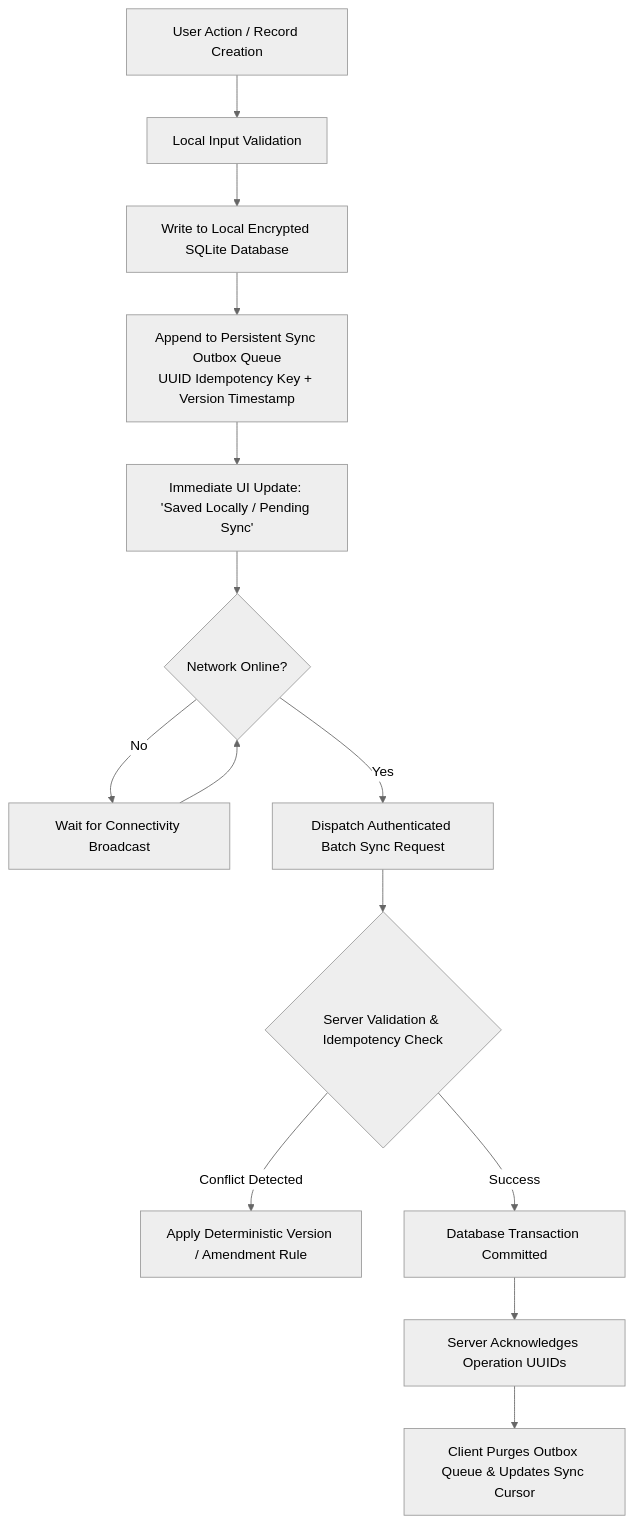
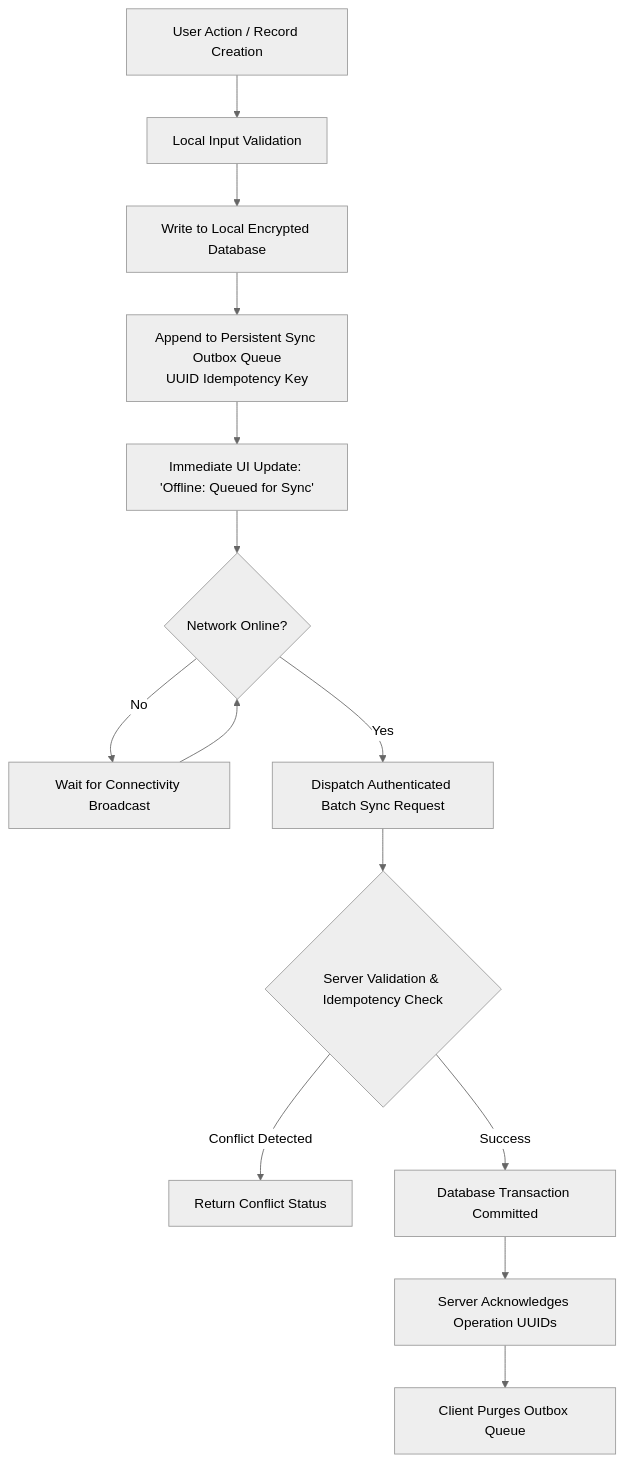
The fourth of 5 diagrams in README.md (abhijeetnardele24-hash/medlink), drawn with Mermaid (neutral theme) before and after one commit. The commit also changed other lines of this file, not shown here.

Commit message:
docs: rewrite README to remove scope creep and explain offline postgres architecture

````diff
--- a/README.md
+++ b/README.md
@@ -233,16 +146,16 @@
 ```mermaid
 flowchart TD
     A[User Action / Record Creation] --> B[Local Input Validation]
-    B --> C[Write to Local Encrypted SQLite Database]
-    C --> D[Append to Persistent Sync Outbox Queue<br/>UUID Idempotency Key + Version Timestamp]
-    D --> E[Immediate UI Update: 'Saved Locally / Pending Sync']
+    B --> C[Write to Local Encrypted Database]
+    C --> D[Append to Persistent Sync Outbox Queue<br/>UUID Idempotency Key]
+    D --> E[Immediate UI Update: 'Offline: Queued for Sync']
     E --> F{Network Online?}
     F -- No --> G[Wait for Connectivity Broadcast]
     G --> F
     F -- Yes --> H[Dispatch Authenticated Batch Sync Request]
     H --> I{Server Validation & Idempotency Check}
-    I -- Conflict Detected --> J[Apply Deterministic Version / Amendment Rule]
+    I -- Conflict Detected --> J[Return Conflict Status]
     I -- Success --> K[Database Transaction Committed]
     K --> L[Server Acknowledges Operation UUIDs]
-    L --> M[Client Purges Outbox Queue & Updates Sync Cursor]
+    L --> M[Client Purges Outbox Queue]
 ```
````
